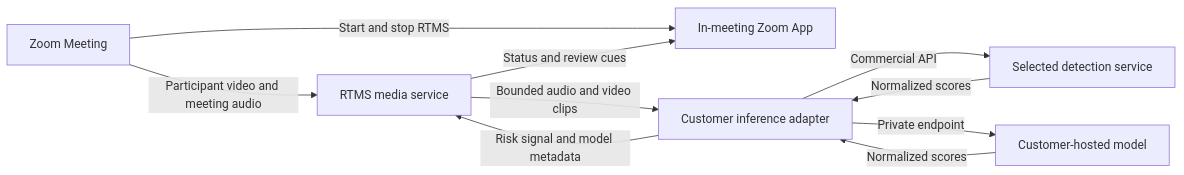
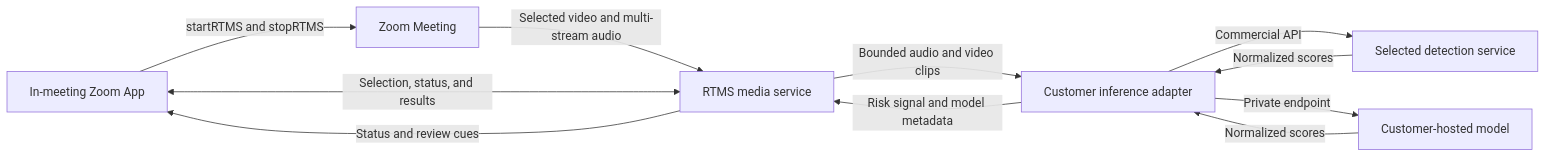
The diagram in blueprints/detect-deepfakes-in-meetings/index.md (zoom/blueprints), drawn with Mermaid before and after one commit. The commit also changed other lines of this file and 1 other file, not shown here.

Commit message:
Improve meeting deepfake review blueprint

````diff
--- a/blueprints/detect-deepfakes-in-meetings/index.md
+++ b/blueprints/detect-deepfakes-in-meetings/index.md
@@ -38,12 +54,13 @@
 ```mermaid
 flowchart LR
-    A[Zoom Meeting] -->|Start and stop RTMS| B[In-meeting Zoom App]
-    A -->|Participant video and meeting audio| C[RTMS media service]
+    B[In-meeting Zoom App] -->|startRTMS and stopRTMS| A[Zoom Meeting]
+    A -->|Selected video and multi-stream audio| C[RTMS media service]
+    B <-->|Selection, status, and results| C
     C -->|Bounded audio and video clips| D[Customer inference adapter]
     D -->|Commercial API| E[Selected detection service]
     D -->|Private endpoint| F[Customer-hosted model]
     E -->|Normalized scores| D
     F -->|Normalized scores| D
     D -->|Risk signal and model metadata| C
     C -->|Status and review cues| B
 ```
````
